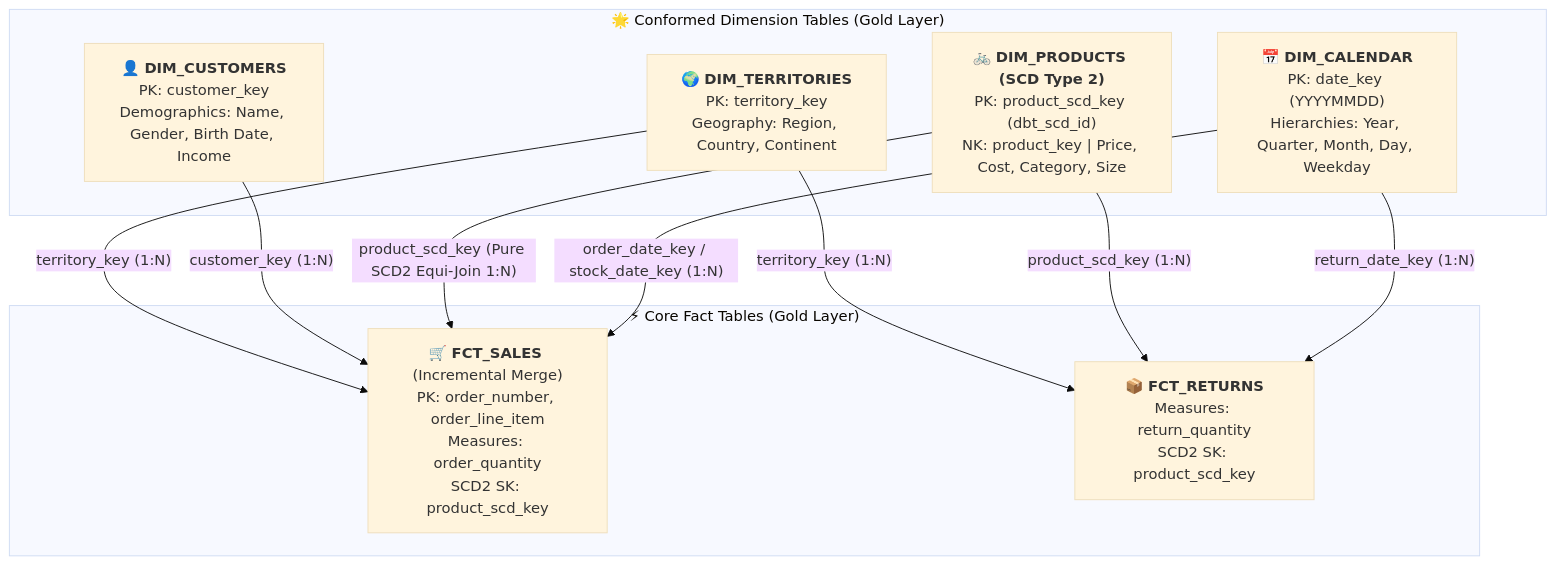
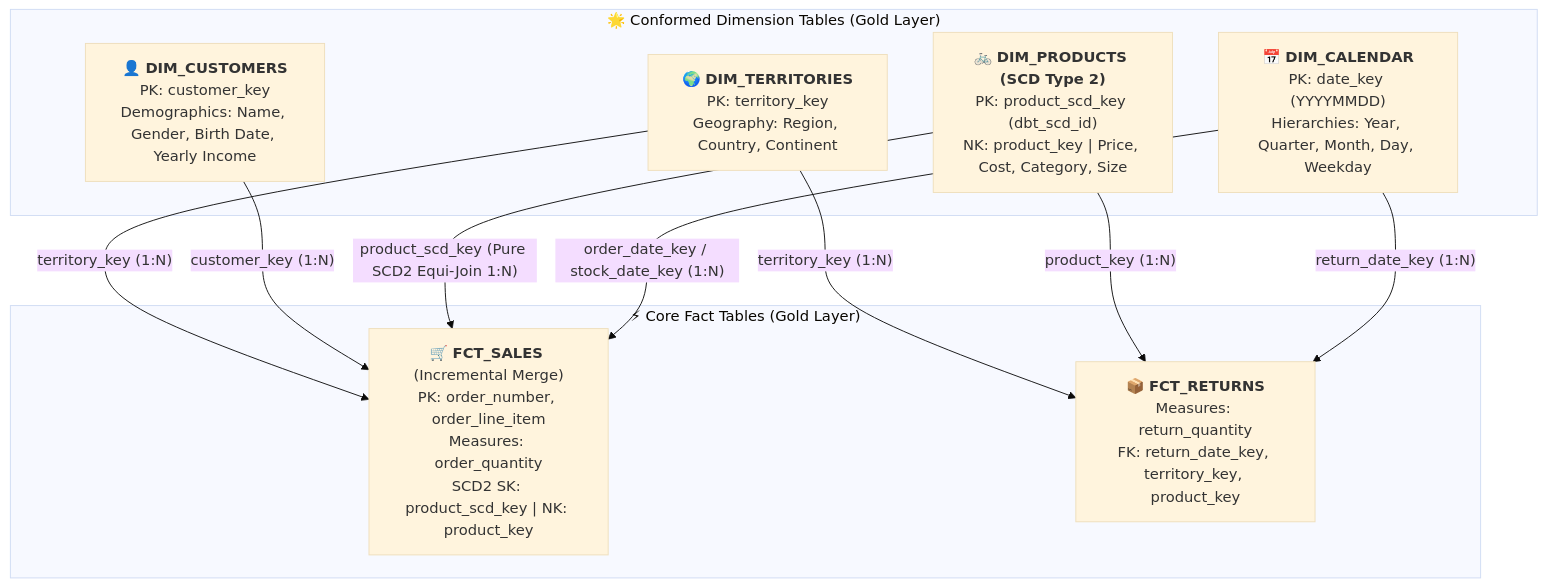
One commit to tranduc2204/adventure_works changed the second of 3 diagrams in README.md. Above: the diagram before and after it, drawn with Mermaid (base theme). The commit also changed other lines of this file, not shown here.

Commit message:
docs: update architecture overview, star schema, and 4-tier testing in readme

````diff
--- a/README.md
+++ b/README.md
@@ -82,23 +100,23 @@
 ```mermaid
 flowchart TD
     subgraph Dimensions ["🌟 Conformed Dimension Tables (Gold Layer)"]
         DC["📅 <b>DIM_CALENDAR</b><br/>PK: date_key (YYYYMMDD)<br/>Hierarchies: Year, Quarter, Month, Day, Weekday"]
         DP["🚲 <b>DIM_PRODUCTS (SCD Type 2)</b><br/>PK: product_scd_key (dbt_scd_id)<br/>NK: product_key | Price, Cost, Category, Size"]
-        DU["👤 <b>DIM_CUSTOMERS</b><br/>PK: customer_key<br/>Demographics: Name, Gender, Birth Date, Income"]
+        DU["👤 <b>DIM_CUSTOMERS</b><br/>PK: customer_key<br/>Demographics: Name, Gender, Birth Date, Yearly Income"]
         DT["🌍 <b>DIM_TERRITORIES</b><br/>PK: territory_key<br/>Geography: Region, Country, Continent"]
     end
 
     subgraph Facts ["⚡ Core Fact Tables (Gold Layer)"]
-        FS["🛒 <b>FCT_SALES</b> (Incremental Merge)<br/>PK: order_number, order_line_item<br/>Measures: order_quantity<br/>SCD2 SK: product_scd_key"]
-        FR["📦 <b>FCT_RETURNS</b><br/>Measures: return_quantity<br/>SCD2 SK: product_scd_key"]
+        FS["🛒 <b>FCT_SALES</b> (Incremental Merge)<br/>PK: order_number, order_line_item<br/>Measures: order_quantity<br/>SCD2 SK: product_scd_key | NK: product_key"]
+        FR["📦 <b>FCT_RETURNS</b><br/>Measures: return_quantity<br/>FK: return_date_key, territory_key, product_key"]
     end
 
     DC -->|"order_date_key / stock_date_key (1:N)"| FS
     DP -->|"product_scd_key (Pure SCD2 Equi-Join 1:N)"| FS
     DU -->|"customer_key (1:N)"| FS
     DT -->|"territory_key (1:N)"| FS
 
     DC -->|"return_date_key (1:N)"| FR
-    DP -->|"product_scd_key (1:N)"| FR
+    DP -->|"product_key (1:N)"| FR
     DT -->|"territory_key (1:N)"| FR
 ```
````
